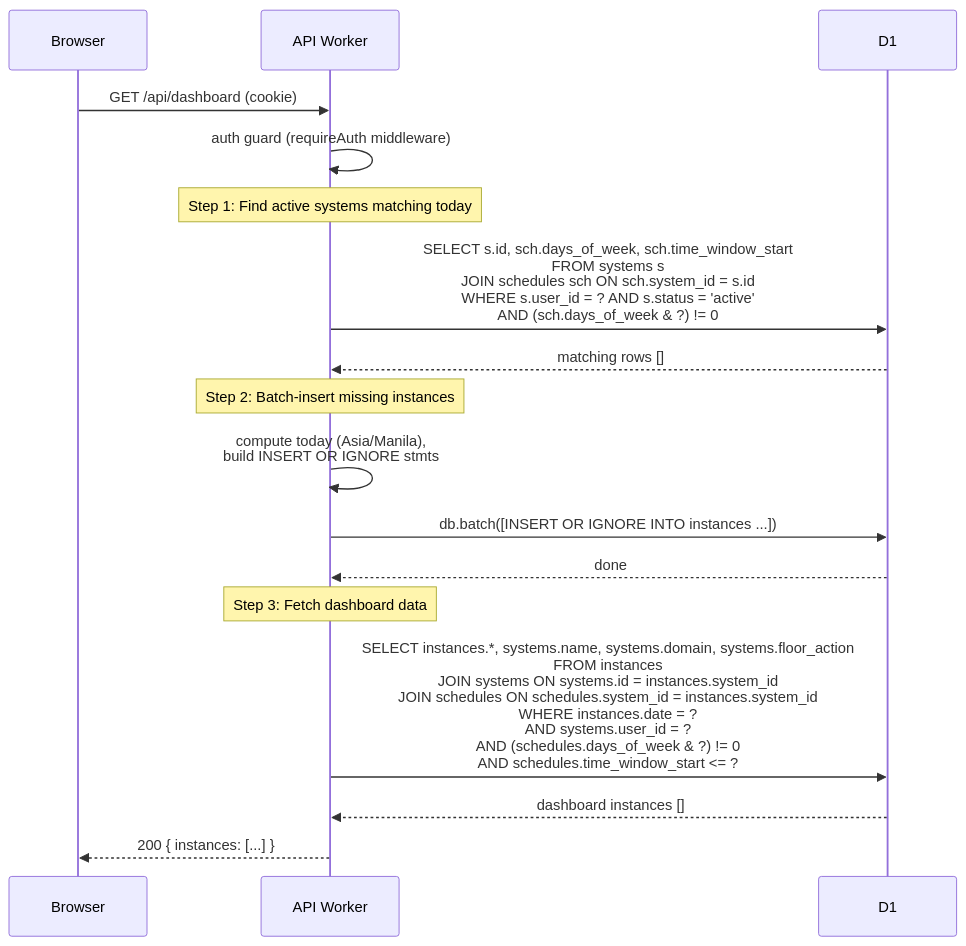
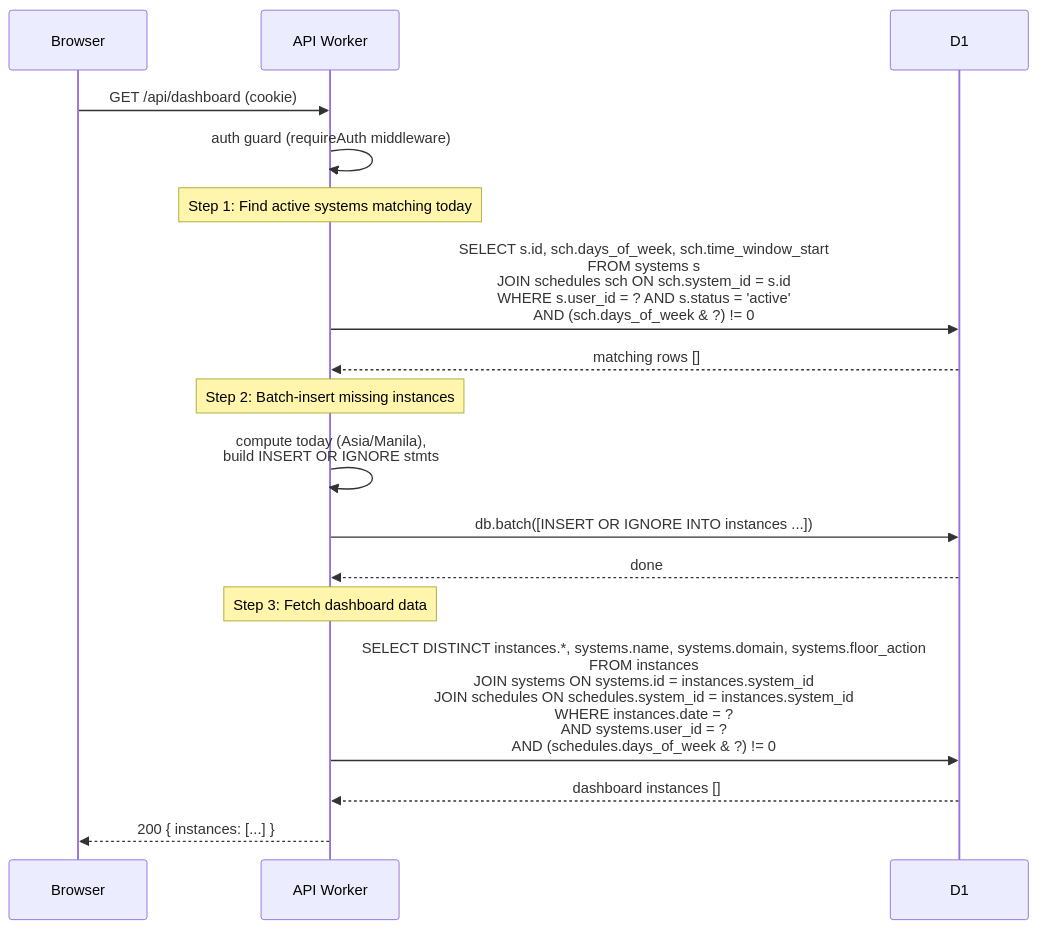
One commit to Zyxavy/Paragon changed the fifth of 21 diagrams in docs/system-design.md. Above: the diagram before and after it, drawn with Mermaid. The commit also changed 3 other files, not shown here.

Commit message:
fix(api): show all of today's systems on dashboard regardless of window

````diff
--- a/docs/system-design.md
+++ b/docs/system-design.md
@@ -224,24 +224,24 @@
 ```mermaid
 sequenceDiagram
     participant B as Browser
     participant A as API Worker
     participant D as D1
 
     B->>A: GET /api/dashboard (cookie)
     A->>A: auth guard (requireAuth middleware)
 
     Note over A: Step 1: Find active systems matching today
     A->>D: SELECT s.id, sch.days_of_week, sch.time_window_start<br/>FROM systems s<br/>JOIN schedules sch ON sch.system_id = s.id<br/>WHERE s.user_id = ? AND s.status = 'active'<br/>AND (sch.days_of_week & ?) != 0
     D-->>A: matching rows []
 
     Note over A: Step 2: Batch-insert missing instances
     A->>A: compute today (Asia/Manila),<br/>build INSERT OR IGNORE stmts
     A->>D: db.batch([INSERT OR IGNORE INTO instances ...])
     D-->>A: done
 
     Note over A: Step 3: Fetch dashboard data
-    A->>D: SELECT instances.*, systems.name, systems.domain, systems.floor_action<br/>FROM instances<br/>JOIN systems ON systems.id = instances.system_id<br/>JOIN schedules ON schedules.system_id = instances.system_id<br/>WHERE instances.date = ?<br/>AND systems.user_id = ?<br/>AND (schedules.days_of_week & ?) != 0<br/>AND schedules.time_window_start <= ?
+    A->>D: SELECT DISTINCT instances.*, systems.name, systems.domain, systems.floor_action<br/>FROM instances<br/>JOIN systems ON systems.id = instances.system_id<br/>JOIN schedules ON schedules.system_id = instances.system_id<br/>WHERE instances.date = ?<br/>AND systems.user_id = ?<br/>AND (schedules.days_of_week & ?) != 0
     D-->>A: dashboard instances []
 
     A-->>B: 200 { instances: [...] }
 ```
````
